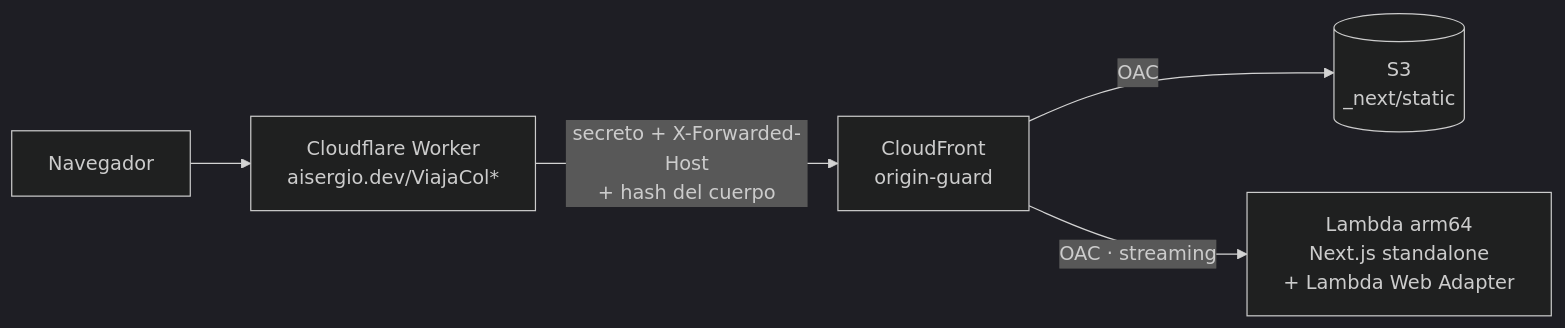
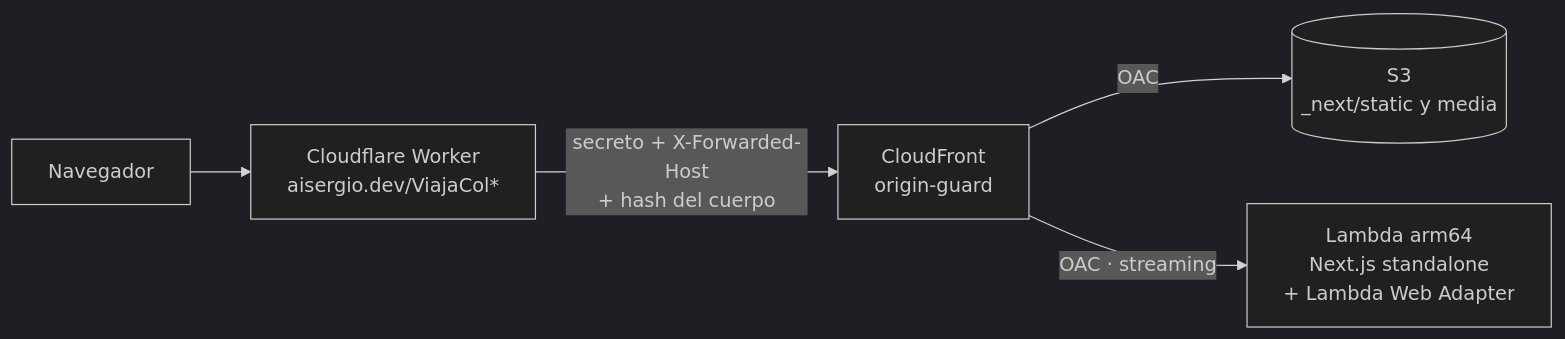
Before and after one commit to aisergio/ViajaCol: the diagram in README.md, drawn with Mermaid (dark theme). The commit also changed other lines of this file and 407 other files, not shown here.

````diff
--- a/README.md
+++ b/README.md
@@ -26,7 +26,7 @@
 ```mermaid
 flowchart LR
   U[Navegador] --> W[Cloudflare Worker<br/>aisergio.dev/ViajaCol*]
   W -->|secreto + X-Forwarded-Host<br/>+ hash del cuerpo| CF[CloudFront<br/>origin-guard]
-  CF -->|OAC| S3[(S3<br/>_next/static)]
+  CF -->|OAC| S3[(S3<br/>_next/static y media)]
   CF -->|OAC · streaming| L[Lambda arm64<br/>Next.js standalone<br/>+ Lambda Web Adapter]
 ```
````
